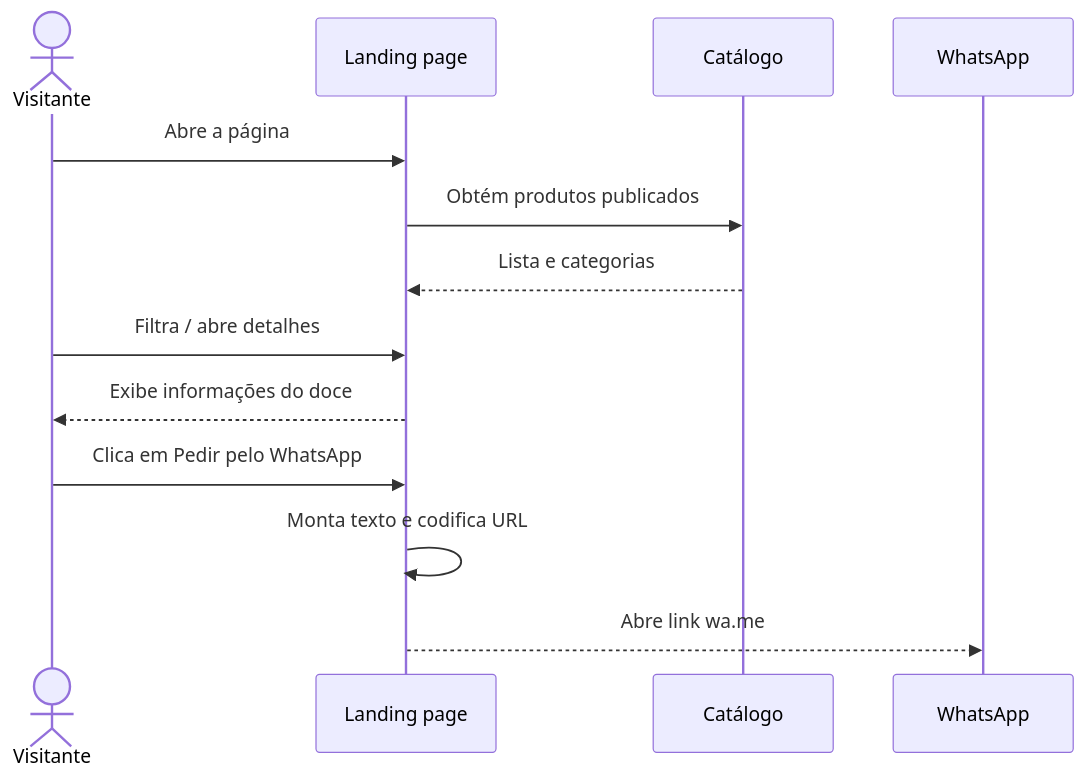
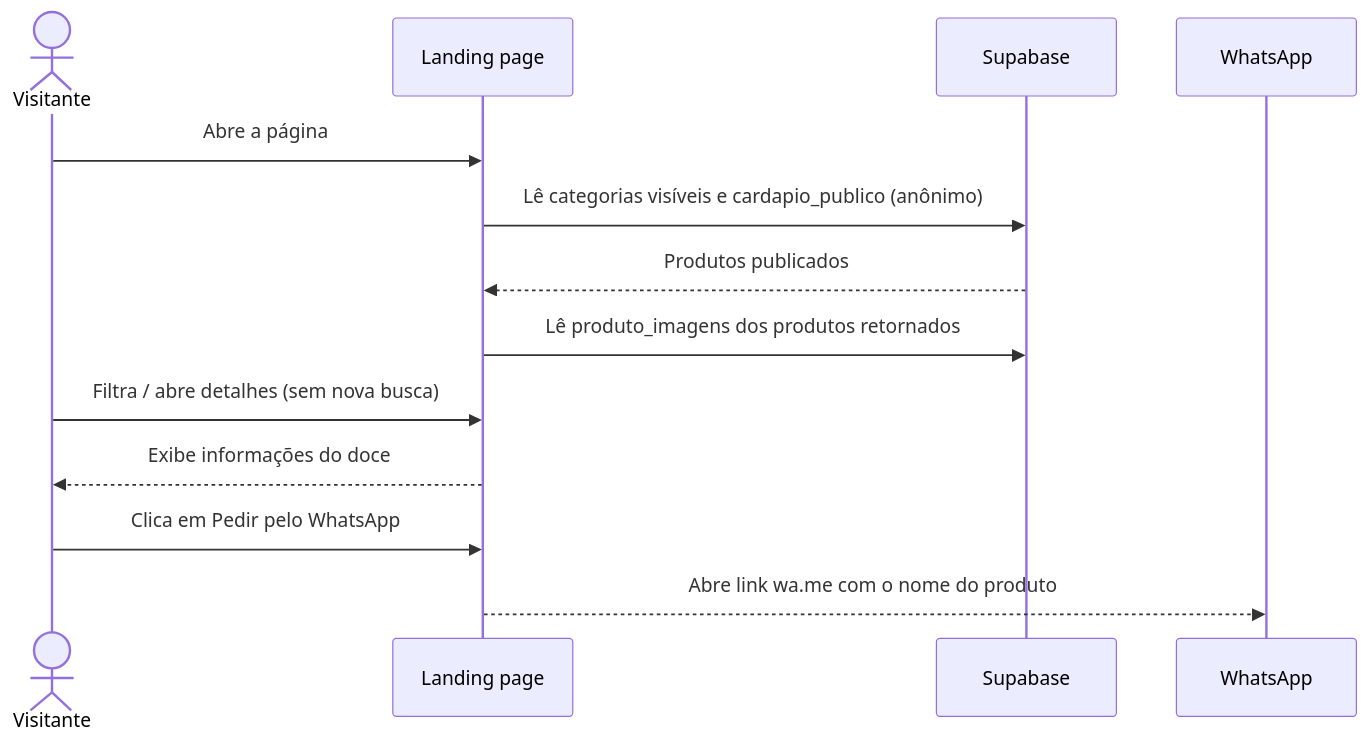
One commit to KaikeDias/doceria-da-mary changed the second of 3 diagrams in ARCHITECTURE.md. Above: the diagram before and after it, drawn with Mermaid. The commit also changed other lines of this file and 1 other file, not shown here.

Commit message:
docs: record supabase architecture decisions and integration roadmap

````diff
--- a/ARCHITECTURE.md
+++ b/ARCHITECTURE.md
@@ -163,15 +170,15 @@
 ```mermaid
 sequenceDiagram
     actor V as Visitante
     participant UI as Landing page
-    participant CAT as Catálogo
+    participant SB as Supabase
     participant WA as WhatsApp
     V->>UI: Abre a página
-    UI->>CAT: Obtém produtos publicados
-    CAT-->>UI: Lista e categorias
-    V->>UI: Filtra / abre detalhes
+    UI->>SB: Lê categorias visíveis e cardapio_publico (anônimo)
+    SB-->>UI: Produtos publicados
+    UI->>SB: Lê produto_imagens dos produtos retornados
+    V->>UI: Filtra / abre detalhes (sem nova busca)
     UI-->>V: Exibe informações do doce
     V->>UI: Clica em Pedir pelo WhatsApp
-    UI->>UI: Monta texto e codifica URL
-    UI-->>WA: Abre link wa.me
+    UI-->>WA: Abre link wa.me com o nome do produto
 ```
````
